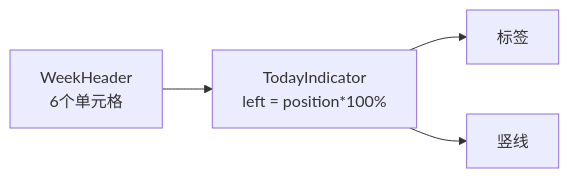
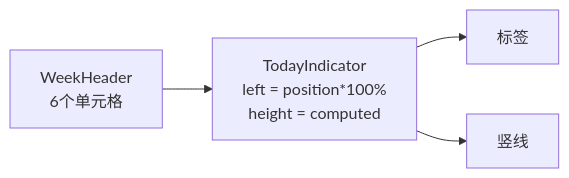
One commit to xuanyulingnfeg/gameCalendar changed the fifth of 6 diagrams in .qoder/repowiki/zh/content/核心组件/TodayIndicator 今日指示器组件.md. Above: the diagram before and after it, drawn with Mermaid. The commit also changed other lines of this file and 7 other files, not shown here.

````diff
--- a/.qoder/repowiki/zh/content/核心组件/TodayIndicator 今日指示器组件.md
+++ b/.qoder/repowiki/zh/content/核心组件/TodayIndicator 今日指示器组件.md
@@ -186,6 +229,6 @@
 ```mermaid
 graph LR
-TH["WeekHeader<br/>6个单元格"] --> TI["TodayIndicator<br/>left = position*100%"]
+TH["WeekHeader<br/>6个单元格"] --> TI["TodayIndicator<br/>left = position*100%<br/>height = computed"]
 TI --> LBL["标签"]
 TI --> LINE["竖线"]
 ```
````
